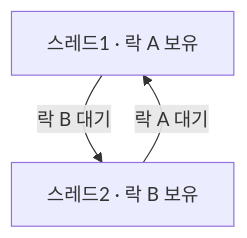
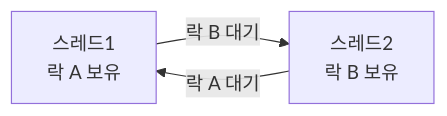
One commit to Byeongchan99/CS-Card changed the third of 3 diagrams in summary-notes/운영체제.md. Above: the diagram before and after it, drawn with Mermaid. The commit also changed other lines of this file and 1 other file, not shown here.

Commit message:
docs: 엣지 라벨 복원 (배경 불투명화로 가독성 확보됨)
- 세대별 GC: 살아남음 라벨 복원
- 생산자-소비자: 넣기·꺼내기 라벨 복원
- 데드락: TB→LR 원복 (양방향 라벨도 이제 안 겹침)

````diff
--- a/summary-notes/운영체제.md
+++ b/summary-notes/운영체제.md
@@ -129,5 +130,5 @@
 ```mermaid
-flowchart TB
-    T1["스레드1 · 락 A 보유"] -->|"락 B 대기"| T2["스레드2 · 락 B 보유"]
+flowchart LR
+    T1["스레드1<br/>락 A 보유"] -->|"락 B 대기"| T2["스레드2<br/>락 B 보유"]
     T2 -->|"락 A 대기"| T1
 ```
````
